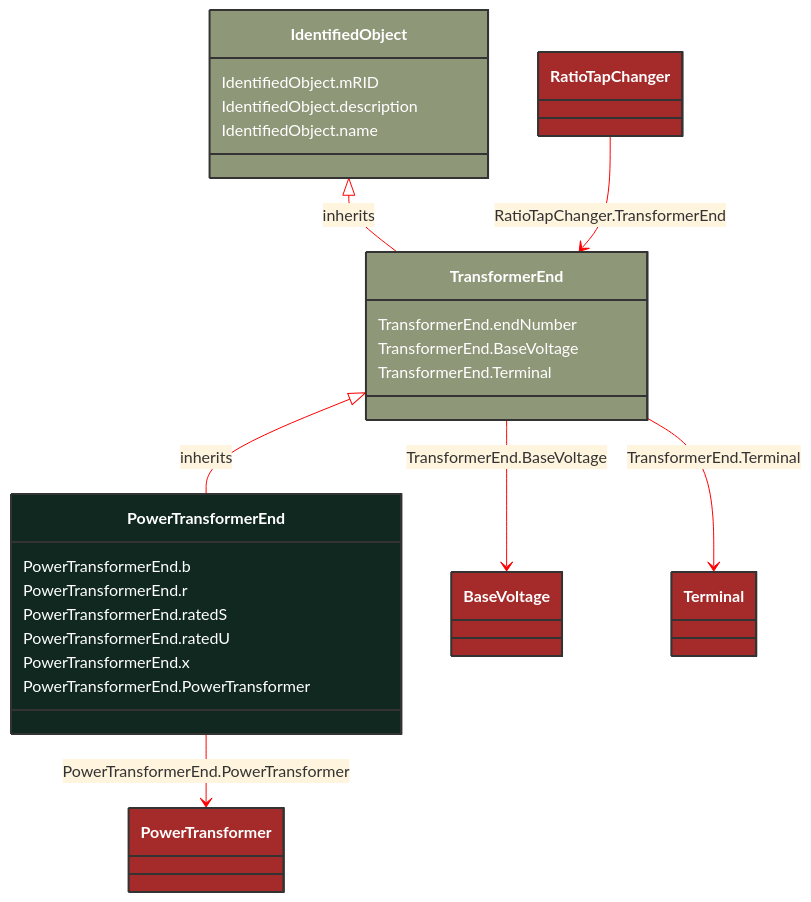
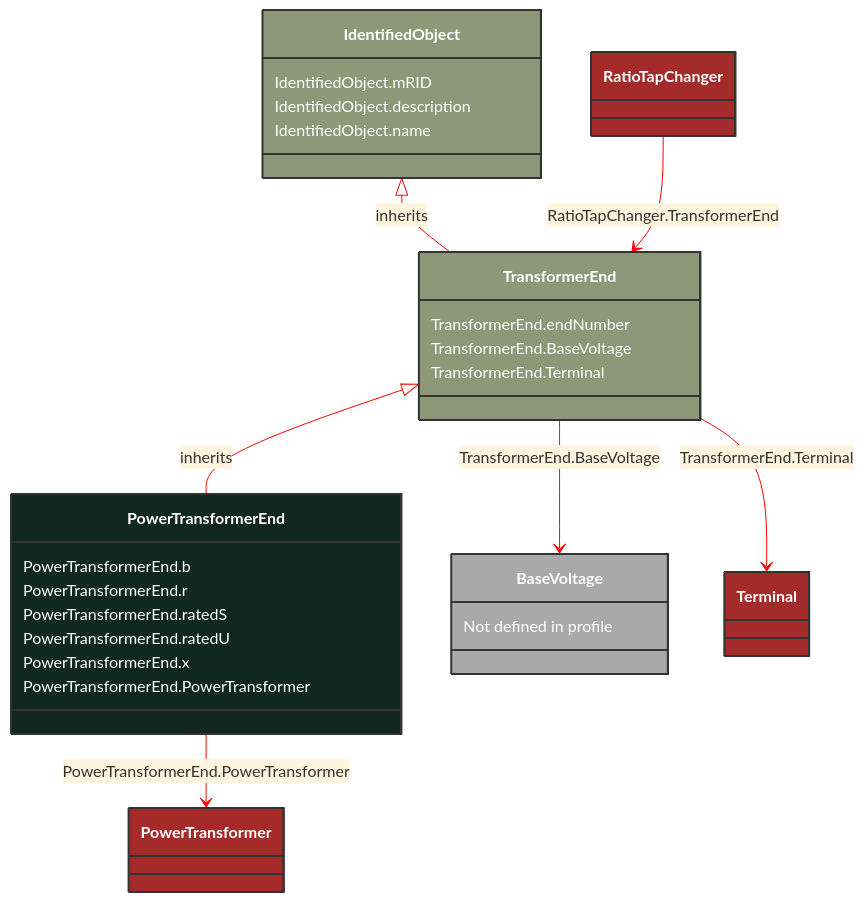
One commit to 3lbits/NoCIMExtensions changed the diagram in docs/Models/Profiles/Telemark-120Equipment/ConcreteClasses/PowerTransformerEnd.md. Above: the diagram before and after it, drawn with Mermaid. The commit also changed 50 other files, not shown here.

Commit message:
Added a change to handle not defined references or ranges

````diff
--- a/docs/Models/Profiles/Telemark-120Equipment/ConcreteClasses/PowerTransformerEnd.md
+++ b/docs/Models/Profiles/Telemark-120Equipment/ConcreteClasses/PowerTransformerEnd.md
@@ -8,51 +8,52 @@
 ```mermaid
 %%{init: {'theme':'base','themeVariables': {'lineColor': '#FF0000'}}}%%
 classDiagram
     class PowerTransformerEnd
     click PowerTransformerEnd href "/Models/Profiles/Telemark-120Equipment/ConcreteClasses/PowerTransformerEnd/"
     style PowerTransformerEnd fill:#102820,stroke:#333,stroke-width:2px,rx:10,ry:10,color:white
      
         TransformerEnd <|-- PowerTransformerEnd : inherits
             click TransformerEnd href "/Models/Profiles/Telemark-120Equipment/AbstractClasses/TransformerEnd/"
             style TransformerEnd fill:#8F9779,stroke:#333,stroke-width:2px,rx:10,ry:10,color:white
      
         IdentifiedObject <|-- TransformerEnd : inherits
             click IdentifiedObject href "/Models/Profiles/Telemark-120Equipment/AbstractClasses/IdentifiedObject/"
             style IdentifiedObject fill:#8F9779,stroke:#333,stroke-width:2px,rx:10,ry:10,color:white
 
         PowerTransformerEnd --> PowerTransformer : PowerTransformerEnd.PowerTransformer
 
         PowerTransformer
             click PowerTransformer href "/Models/Profiles/Telemark-120Equipment/ConcreteClasses/PowerTransformer/"
             style PowerTransformer fill:#A52A2A,stroke:#333,stroke-width:2px,rx:10,ry:10,color:white
         TransformerEnd --> BaseVoltage : TransformerEnd.BaseVoltage
 
+        BaseVoltage : Not defined in profile
+
         BaseVoltage
-            click BaseVoltage href "/Models/Profiles/Telemark-120Equipment/ConcreteClasses/BaseVoltage/"
-            style BaseVoltage fill:#A52A2A,stroke:#333,stroke-width:2px,rx:10,ry:10,color:white
+            style BaseVoltage fill:#A9A9A9,stroke:#333,stroke-width:2px,rx:10,ry:10,color:white
         TransformerEnd --> Terminal : TransformerEnd.Terminal
 
         Terminal
             click Terminal href "/Models/Profiles/Telemark-120Equipment/ConcreteClasses/Terminal/"
             style Terminal fill:#A52A2A,stroke:#333,stroke-width:2px,rx:10,ry:10,color:white
 
         RatioTapChanger --> TransformerEnd : RatioTapChanger.TransformerEnd
 
         RatioTapChanger
             click RatioTapChanger href "/Models/Profiles/Telemark-120Equipment/ConcreteClasses/RatioTapChanger/"
             style RatioTapChanger fill:#A52A2A,stroke:#333,stroke-width:2px,rx:10,ry:10,color:white
 
 
         PowerTransformerEnd : PowerTransformerEnd.b
         PowerTransformerEnd : PowerTransformerEnd.r
         PowerTransformerEnd : PowerTransformerEnd.ratedS
         PowerTransformerEnd : PowerTransformerEnd.ratedU
         PowerTransformerEnd : PowerTransformerEnd.x
         PowerTransformerEnd : PowerTransformerEnd.PowerTransformer
         TransformerEnd : TransformerEnd.endNumber
         TransformerEnd : TransformerEnd.BaseVoltage
         TransformerEnd : TransformerEnd.Terminal
         IdentifiedObject : IdentifiedObject.mRID
         IdentifiedObject : IdentifiedObject.description
         IdentifiedObject : IdentifiedObject.name
 ```
````
